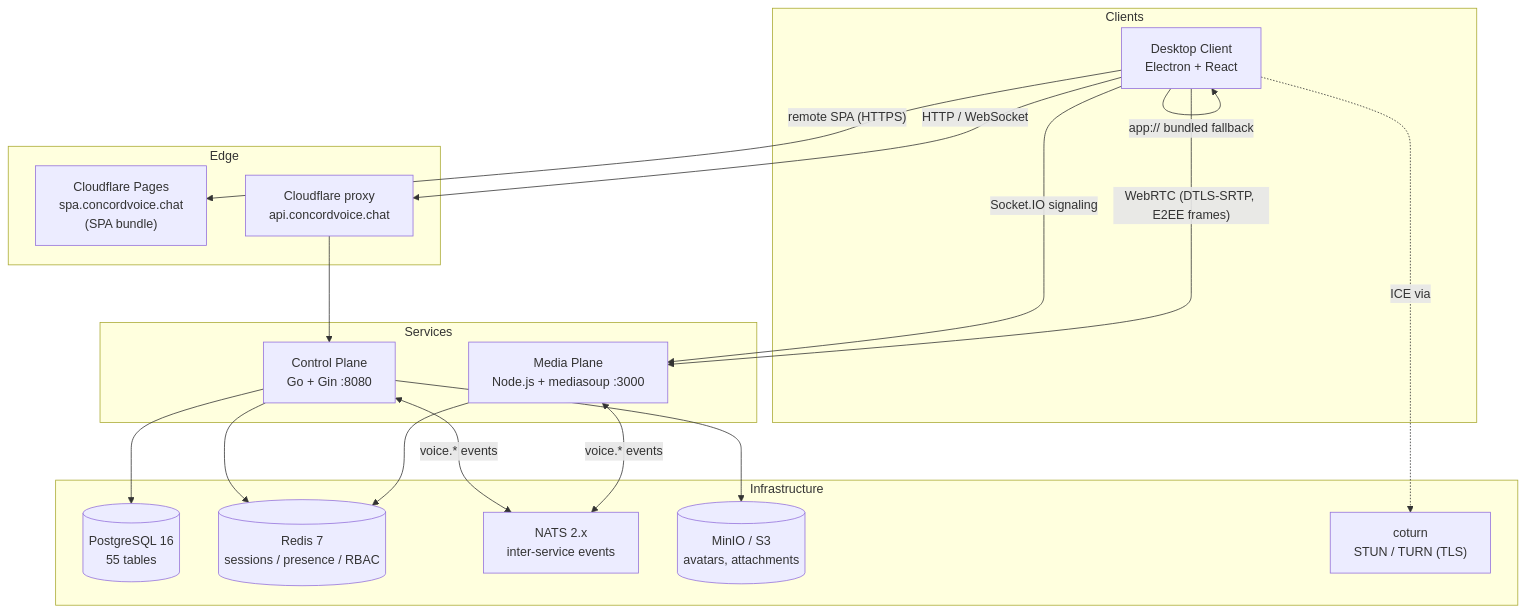
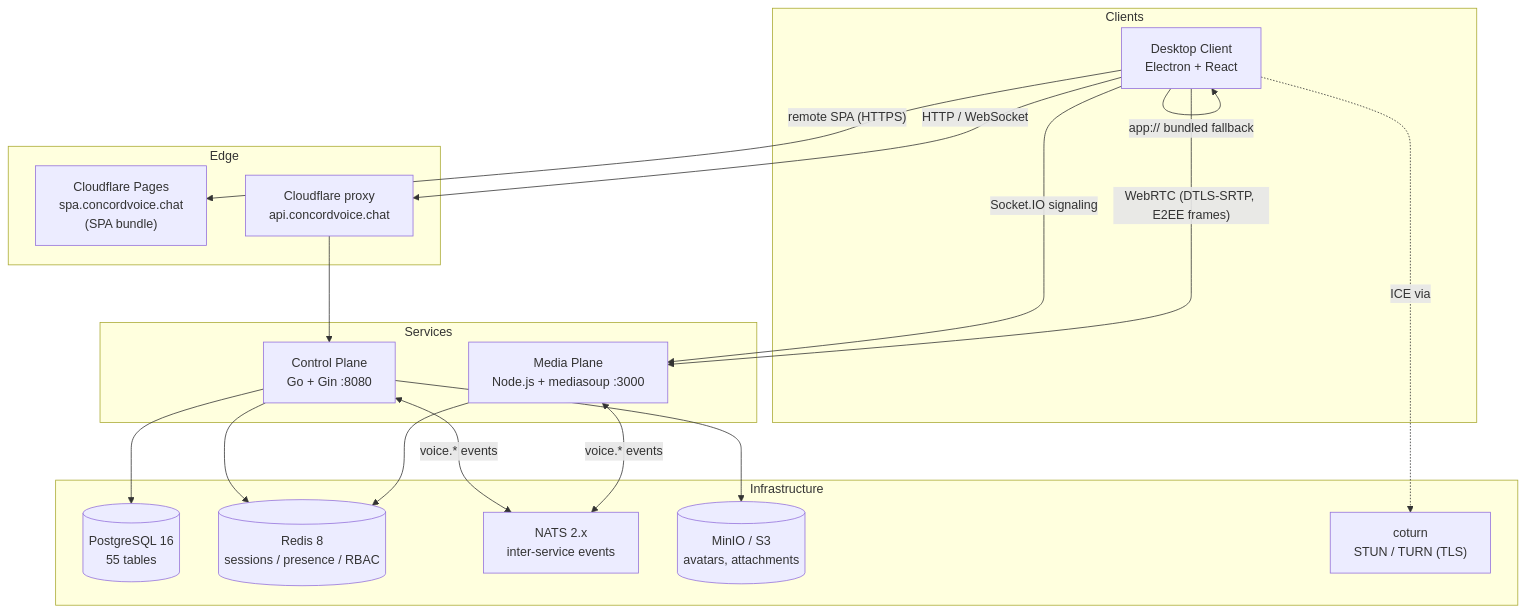
Before and after one commit to Concord-Voice/Concord-Voice: the first of 11 diagrams in docs/architecture.md, drawn with Mermaid. The commit also changed other lines of this file and 3 other files, not shown here.

````diff
--- a/docs/architecture.md
+++ b/docs/architecture.md
@@ -100,38 +100,38 @@
 ```mermaid
 flowchart TB
     subgraph Clients
         Desktop["Desktop Client<br/>Electron + React"]
     end
 
     subgraph Edge
         CFP["Cloudflare Pages<br/>spa.concordvoice.chat<br/>(SPA bundle)"]
         CF["Cloudflare proxy<br/>api.concordvoice.chat"]
     end
 
     subgraph Services
         CP["Control Plane<br/>Go + Gin :8080"]
         MP["Media Plane<br/>Node.js + mediasoup :3000"]
     end
 
     subgraph Infrastructure
         PG[("PostgreSQL 16<br/>55 tables")]
-        RD[("Redis 7<br/>sessions / presence / RBAC")]
+        RD[("Redis 8<br/>sessions / presence / RBAC")]
         NATS["NATS 2.x<br/>inter-service events"]
         OBJ[("MinIO / S3<br/>avatars, attachments")]
         TURN["coturn<br/>STUN / TURN (TLS)"]
     end
 
     Desktop -- "remote SPA (HTTPS)" --> CFP
     Desktop -- "app:// bundled fallback" --> Desktop
     Desktop -- "HTTP / WebSocket" --> CF --> CP
     Desktop -- "Socket.IO signaling" --> MP
     Desktop -- "WebRTC (DTLS-SRTP, E2EE frames)" --> MP
     Desktop -. "ICE via" .-> TURN
 
     CP --> PG
     CP --> RD
     CP --> OBJ
     CP <-- "voice.* events" --> NATS
     MP <-- "voice.* events" --> NATS
     MP --> RD
 ```
````
